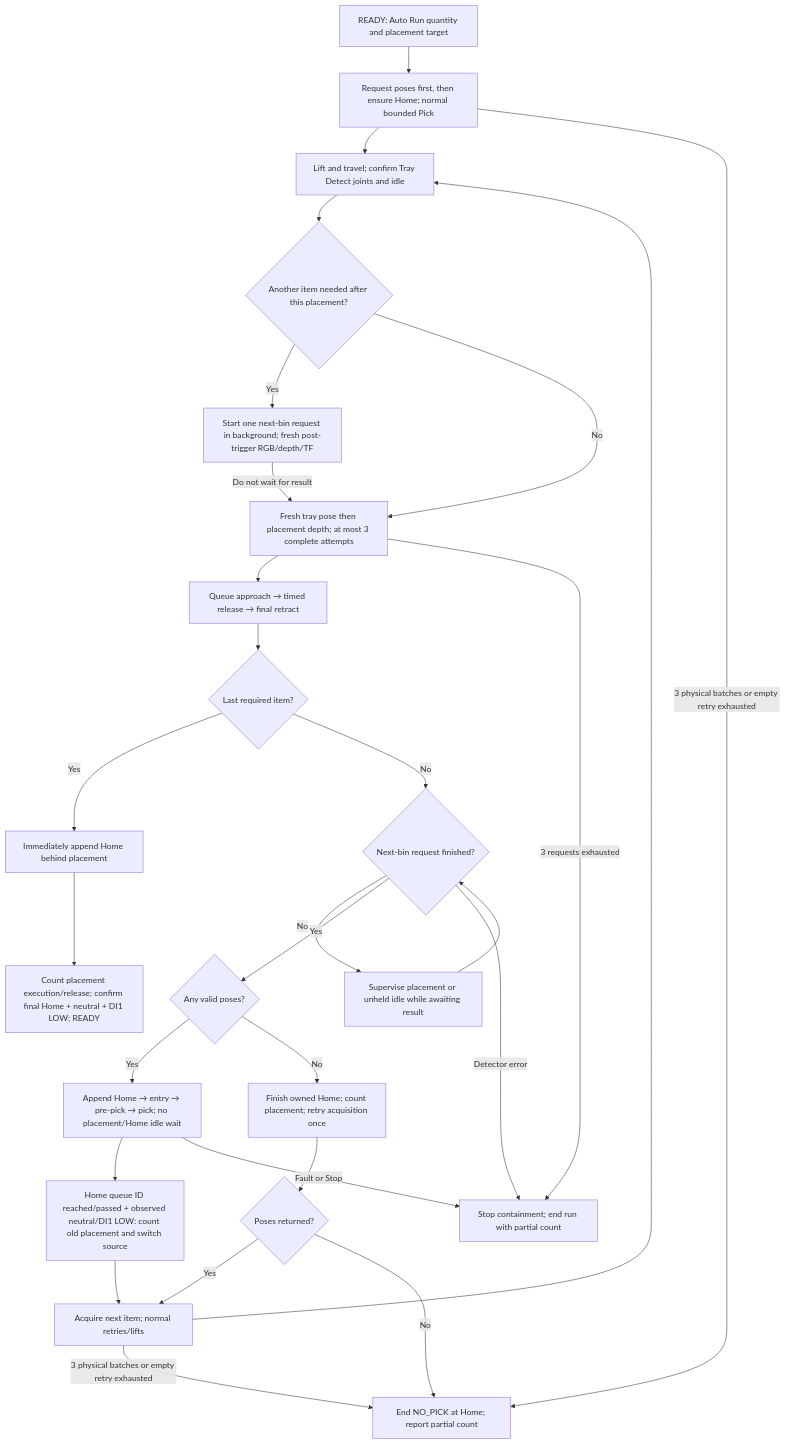
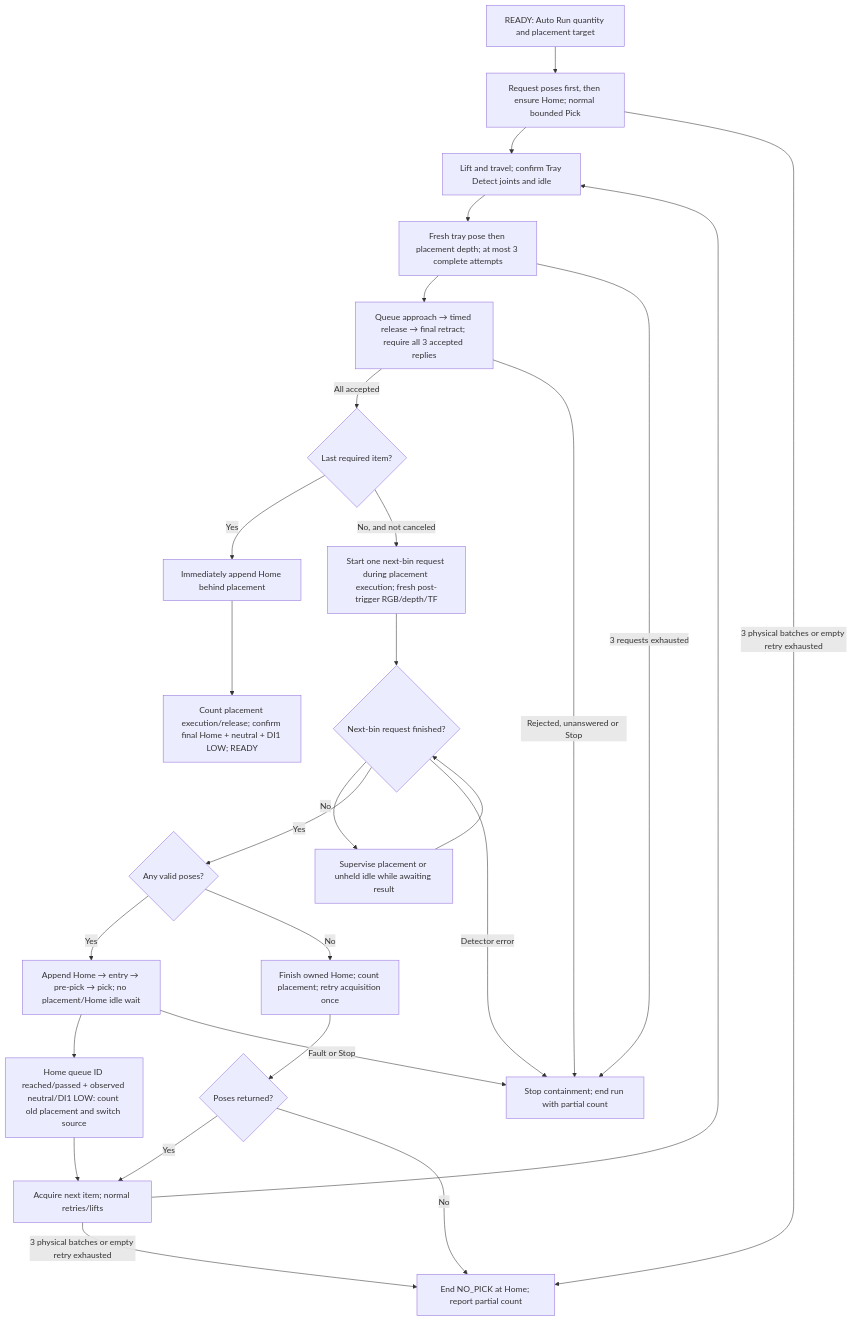
The sixth of 9 diagrams in docs/ROBOT_CONTROLLER_FSM.md (esgange/dobot_picknplace_yolo), drawn with Mermaid before and after one commit. The commit also changed other lines of this file and 8 other files, not shown here.

Commit message:
Request next Auto Run item poses after placement queue acceptance

````diff
--- a/docs/ROBOT_CONTROLLER_FSM.md
+++ b/docs/ROBOT_CONTROLLER_FSM.md
@@ -786,30 +787,29 @@
 ```mermaid
 flowchart TD
     Start["READY: Auto Run quantity and placement target"] --> Pick["Request poses first, then ensure Home; normal bounded Pick"]
     Pick --> Tray["Lift and travel; confirm Tray Detect joints and idle"]
-    Tray --> More{"Another item needed after this placement?"}
-    More -->|Yes| Prefetch["Start one next-bin request in background; fresh post-trigger RGB/depth/TF"]
-    More -->|No| Observe["Fresh tray pose then placement depth; at most 3 complete attempts"]
-    Prefetch -->|Do not wait for result| Observe
-    Observe --> Place["Queue approach → timed release → final retract"]
-    Place --> Last{"Last required item?"}
+    Tray --> Observe["Fresh tray pose then placement depth; at most 3 complete attempts"]
+    Observe --> Place["Queue approach → timed release → final retract; require all 3 accepted replies"]
+    Place -->|All accepted| Last{"Last required item?"}
     Last -->|Yes| Home["Immediately append Home behind placement"]
     Home --> Done["Count placement execution/release; confirm final Home + neutral + DI1 LOW; READY"]
-    Last -->|No| Ready{"Next-bin request finished?"}
+    Last -->|No, and not canceled| Prefetch["Start one next-bin request during placement execution; fresh post-trigger RGB/depth/TF"]
+    Prefetch --> Ready{"Next-bin request finished?"}
     Ready -->|No| Wait["Supervise placement or unheld idle while awaiting result"]
     Wait --> Ready
     Ready -->|Yes| Poses{"Any valid poses?"}
     Poses -->|Yes| Append["Append Home → entry → pre-pick → pick; no placement/Home idle wait"]
     Poses -->|No| RetryHome["Finish owned Home; count placement; retry acquisition once"]
     RetryHome --> Retried{"Poses returned?"}
     Retried -->|Yes| Next
     Retried -->|No| Empty
     Append --> Boundary["Home queue ID reached/passed + observed neutral/DI1 LOW: count old placement and switch source"]
     Boundary --> Next["Acquire next item; normal retries/lifts"]
     Next --> Tray
     Pick -->|3 physical batches or empty retry exhausted| Empty["End NO_PICK at Home; report partial count"]
     Next -->|3 physical batches or empty retry exhausted| Empty
     Observe -->|3 requests exhausted| Fail["Stop containment; end run with partial count"]
+    Place -->|Rejected, unanswered or Stop| Fail
     Ready -->|Detector error| Fail
     Append -->|Fault or Stop| Fail
 ```
````
